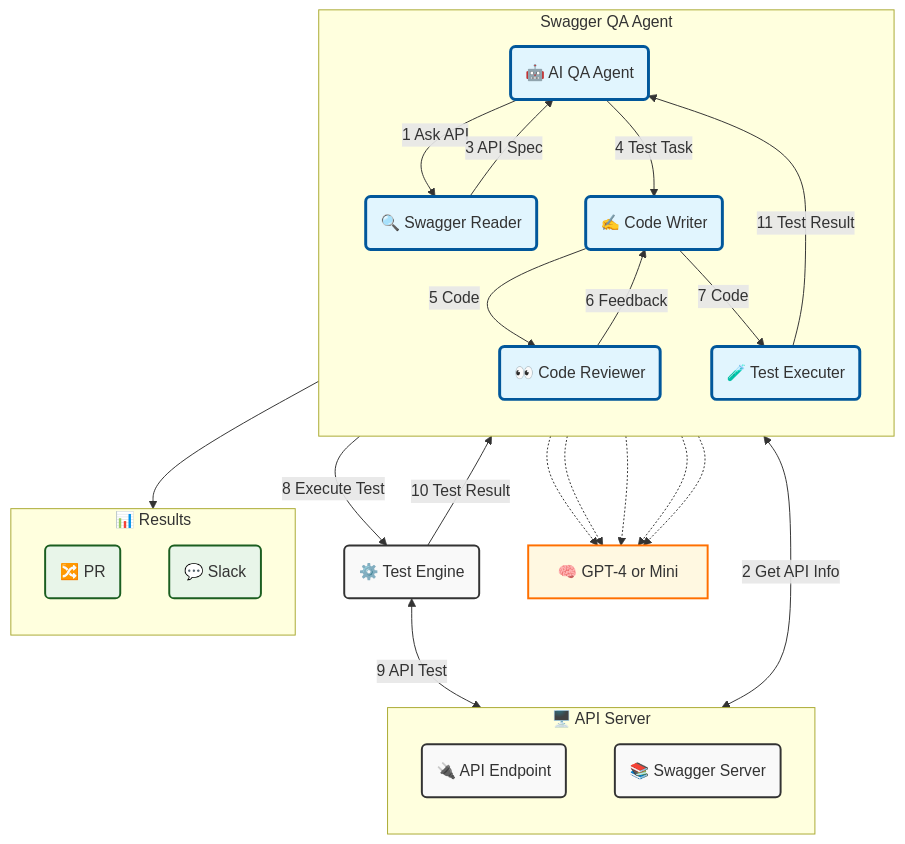
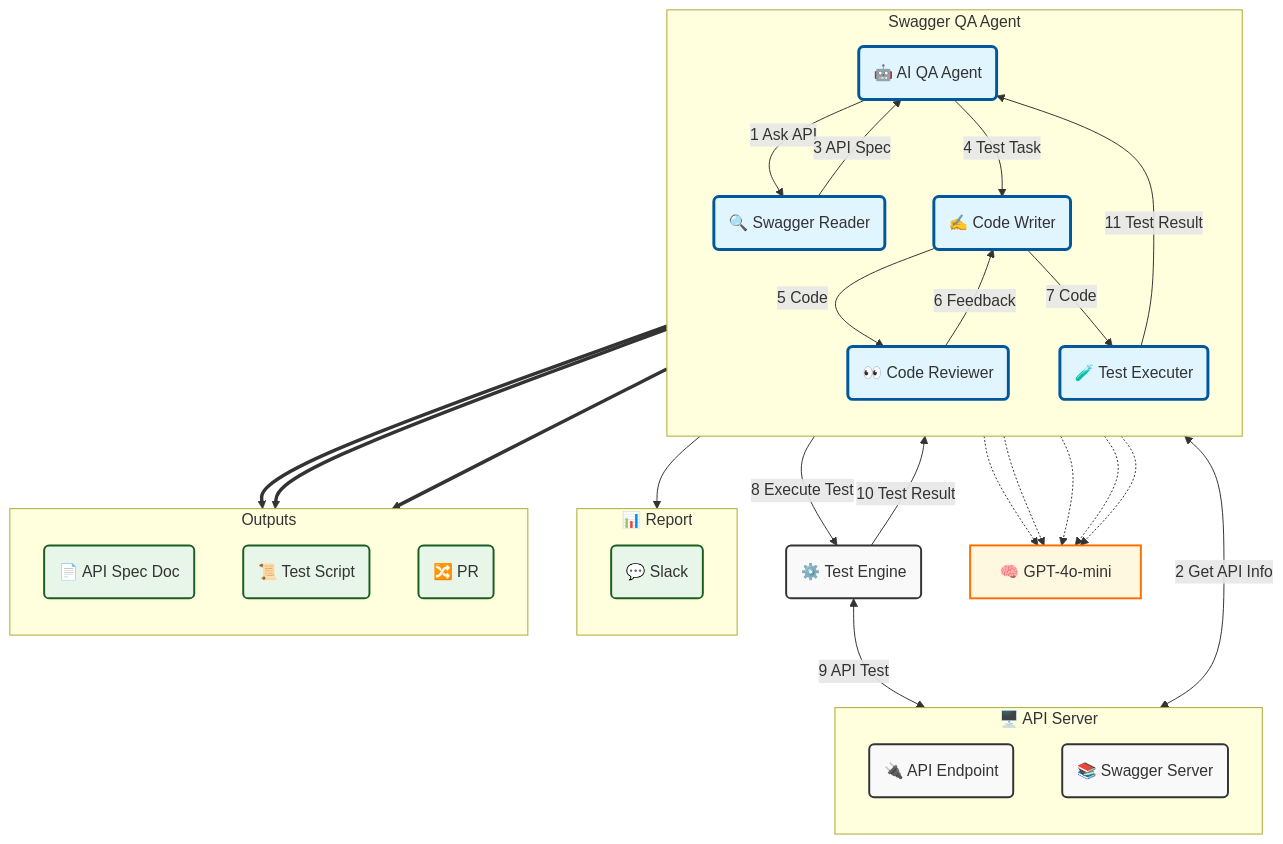
One commit to ningxia202109/qa-api-agent changed the first of 2 diagrams in README.md. Above: the diagram before and after it, drawn with Mermaid.

````diff
--- a/README.md
+++ b/README.md
@@ -9,61 +9,71 @@
 ```mermaid
 flowchart
     %% Define styles
     classDef default fill:#f9f9f9,stroke:#333,stroke-width:2px;
     classDef highlight fill:#e1f5fe,stroke:#01579b,stroke-width:3px;
     classDef llm fill:#fff8e1,stroke:#ff6f00,stroke-width:2px;
     classDef output fill:#e8f5e9,stroke:#1b5e20,stroke-width:2px;
 
     %% API-Server subgraph (left)
     subgraph API-Server["🖥️ API Server"]
         direction TB
         APIServer("🔌 API Endpoint")
         SwaggerServer("📚 Swagger Server")
     end
 
     %% Main Swagger-QA-Agent subgraph (middle)
     subgraph Swagger-QA-Agent["Swagger QA Agent"]
         direction TB
         QAAgent("🤖 AI QA Agent")
         SwaggerReader("🔍 Swagger Reader")
         CodeWriter("✍️ Code Writer")
         CoderReviewer("👀 Code Reviewer")
         TestExecuter("🧪 Test Executer")
 
         QAAgent -- "1 Ask API" --> SwaggerReader
         SwaggerReader -- "3 API Spec" --> QAAgent
         QAAgent -- "4 Test Task" --> CodeWriter
         CodeWriter -- "5 Code" --> CoderReviewer
         CoderReviewer -- "6 Feedback" --> CodeWriter
         CodeWriter -- "7 Code" --> TestExecuter
         TestExecuter -- "11 Test Result" --> QAAgent
     end
 
     %% Output subgraph (right)
-    subgraph output["📊 Results"]
+    subgraph report["📊 Report"]
         direction TB
+        slack("💬 Slack")
+    end
+
+    %% Output subgraph (right)
+    subgraph output["Outputs"]
+        direction TB
+        apiSpec("📄 API Spec Doc")
+        testScript("📜 Test Script")
         pr("🔀 PR")
-        slack("💬 Slack")
     end
 
     %% Other elements
     TestEngine("⚙️ Test Engine")
-    LLM["🧠 GPT-4 or Mini"]
+    LLM["🧠 GPT-4o-mini"]
 
     %% Cross-graph links
     SwaggerServer <--> |"2 Get API Info"| SwaggerReader
     TestExecuter --> |"8 Execute Test"| TestEngine
     TestEngine --> |"10 Test Result"| TestExecuter
     TestEngine <--> |"9 API Test"| APIServer
     QAAgent -.-> LLM
     CodeWriter -.-> LLM
     CoderReviewer -.-> LLM
     SwaggerReader -.-> LLM
     TestExecuter -.-> LLM
-    QAAgent --> output
+    QAAgent --> report
+    SwaggerReader ==> apiSpec
+    CodeWriter ==> testScript
+    CoderReviewer ==> pr
 
     %% Apply styles
     class SwaggerReader,QAAgent,CodeWriter,CoderReviewer,TestExecuter highlight;
     class LLM llm;
-    class pr,slack output;
+    class pr,slack,apiSpec,testScript output;
 ```
````
